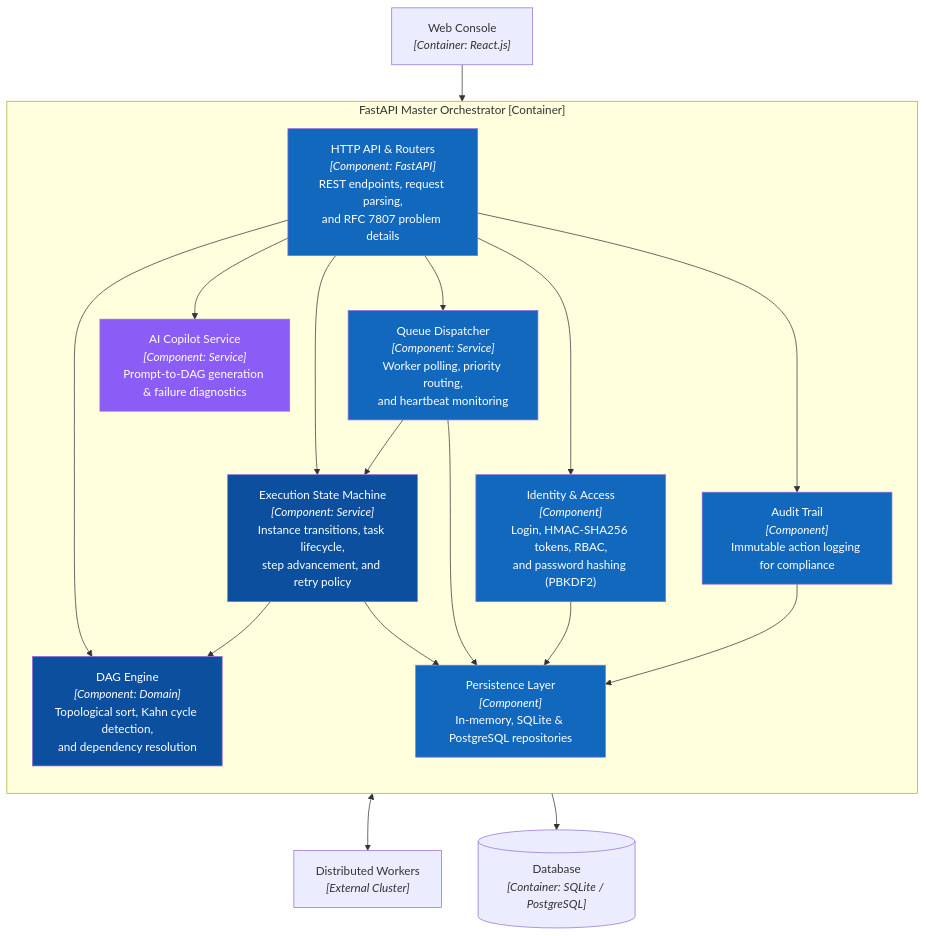
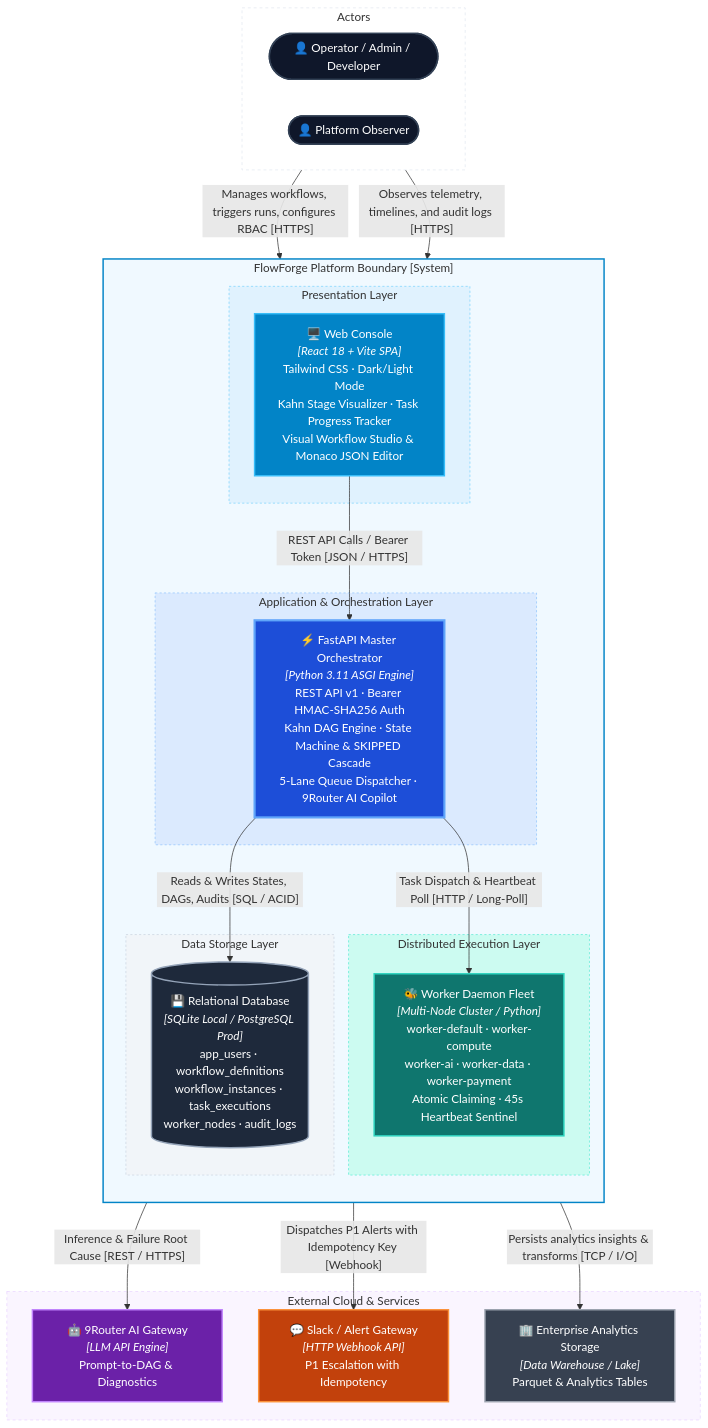
One commit to AnCoder1310/FlowForge changed the third of 11 diagrams in README.md. Above: the diagram before and after it, drawn with Mermaid. The commit also changed other lines of this file and 88 other files, not shown here.

````diff
--- a/README.md
+++ b/README.md
@@ -204,44 +219,60 @@
 ```mermaid
 flowchart TB
-    subgraph rt["FastAPI Master Orchestrator [Container]"]
-        direction TB
-        api["HTTP API & Routers<br/><i>[Component: FastAPI]</i><br/>REST endpoints, request parsing,<br/>and RFC 7807 problem details"]
-        identity["Identity & Access<br/><i>[Component]</i><br/>Login, HMAC-SHA256 tokens, RBAC,<br/>and password hashing (PBKDF2)"]
-        dagEngine["DAG Engine<br/><i>[Component: Domain]</i><br/>Topological sort, Kahn cycle detection,<br/>and dependency resolution"]
-        executionMgr["Execution State Machine<br/><i>[Component: Service]</i><br/>Instance transitions, task lifecycle,<br/>step advancement, and retry policy"]
-        queueDispatcher["Queue Dispatcher<br/><i>[Component: Service]</i><br/>Worker polling, priority routing,<br/>and heartbeat monitoring"]
-        aiService["AI Copilot Service<br/><i>[Component: Service]</i><br/>Prompt-to-DAG generation & failure diagnostics"]
-        auditLog["Audit Trail<br/><i>[Component]</i><br/>Immutable action logging for compliance"]
-        persistence["Persistence Layer<br/><i>[Component]</i><br/>In-memory, SQLite & PostgreSQL repositories"]
+    subgraph users["Actors"]
+        direction LR
+        operator(["👤 Operator / Admin / Developer"]):::actor
+        viewer(["👤 Platform Observer"]):::actor
     end
 
-    web["Web Console<br/><i>[Container: React.js]</i>"]
-    db[("Database<br/><i>[Container: SQLite / PostgreSQL]</i>")]
-    workerNodes["Distributed Workers<br/><i>[External Cluster]</i>"]
+    subgraph dwop["FlowForge Platform Boundary [System]"]
+        direction TB
 
-    web --> api
-    api --> identity
-    api --> dagEngine
-    api --> executionMgr
-    api --> queueDispatcher
-    api --> aiService
-    api --> auditLog
+        subgraph presentation["Presentation Layer"]
+            web["🖥️ Web Console<br/><i>[React 18 + Vite SPA]</i><br/>Tailwind CSS · Dark/Light Mode<br/>Kahn Stage Visualizer · Task Progress Tracker<br/>Visual Workflow Studio & Monaco JSON Editor"]:::webContainer
+        end
 
-    executionMgr --> dagEngine
-    executionMgr --> persistence
-    queueDispatcher --> executionMgr
-    queueDispatcher --> persistence
-    queueDispatcher <--> workerNodes
-    identity --> persistence
-    auditLog --> persistence
-    persistence --> db
+        subgraph application["Application & Orchestration Layer"]
+            backend["⚡ FastAPI Master Orchestrator<br/><i>[Python 3.11 ASGI Engine]</i><br/>REST API v1 · Bearer HMAC-SHA256 Auth<br/>Kahn DAG Engine · State Machine & SKIPPED Cascade<br/>5-Lane Queue Dispatcher · 9Router AI Copilot"]:::apiContainer
+        end
 
-    style api fill:#1168bd,color:#fff
-    style identity fill:#1168bd,color:#fff
-    style dagEngine fill:#0b4f9e,color:#fff
-    style executionMgr fill:#0b4f9e,color:#fff
-    style queueDispatcher fill:#1168bd,color:#fff
-    style aiService fill:#8b5cf6,color:#fff
-    style auditLog fill:#1168bd,color:#fff
-    style persistence fill:#1168bd,color:#fff
+        subgraph workerCluster["Distributed Execution Layer"]
+            workers["🐝 Worker Daemon Fleet<br/><i>[Multi-Node Cluster / Python]</i><br/>worker-default · worker-compute<br/>worker-ai · worker-data · worker-payment<br/>Atomic Claiming · 45s Heartbeat Sentinel"]:::workerContainer
+        end
+
+        subgraph persistence["Data Storage Layer"]
+            database[("💾 Relational Database<br/><i>[SQLite Local / PostgreSQL Prod]</i><br/>app_users · workflow_definitions<br/>workflow_instances · task_executions<br/>worker_nodes · audit_logs")]:::dbContainer
+        end
+    end
+
+    subgraph externalServices["External Cloud & Services"]
+        llm["🤖 9Router AI Gateway<br/><i>[LLM API Engine]</i><br/>Prompt-to-DAG & Diagnostics"]:::aiExternal
+        slack["💬 Slack / Alert Gateway<br/><i>[HTTP Webhook API]</i><br/>P1 Escalation with Idempotency"]:::notifyExternal
+        dataLake["🏢 Enterprise Analytics Storage<br/><i>[Data Warehouse / Lake]</i><br/>Parquet & Analytics Tables"]:::storageExternal
+    end
+
+    operator -- "Manages workflows, triggers runs, configures RBAC [HTTPS]" --> web
+    viewer -- "Observes telemetry, timelines, and audit logs [HTTPS]" --> web
+    web -- "REST API Calls / Bearer Token [JSON / HTTPS]" --> backend
+    backend -- "Reads & Writes States, DAGs, Audits [SQL / ACID]" --> database
+    backend -- "Inference & Failure Root Cause [REST / HTTPS]" --> llm
+    backend -- "Task Dispatch & Heartbeat Poll [HTTP / Long-Poll]" --> workers
+    workers -- "Dispatches P1 Alerts with Idempotency Key [Webhook]" --> slack
+    workers -- "Persists analytics insights & transforms [TCP / I/O]" --> dataLake
+
+    classDef actor fill:#0f172a,color:#fff,stroke:#334155,stroke-width:2px;
+    classDef webContainer fill:#0284c7,color:#fff,stroke:#38bdf8,stroke-width:2px;
+    classDef apiContainer fill:#1d4ed8,color:#fff,stroke:#60a5fa,stroke-width:3px;
+    classDef workerContainer fill:#0f766e,color:#fff,stroke:#2dd4bf,stroke-width:2px;
+    classDef dbContainer fill:#1e293b,color:#fff,stroke:#94a3b8,stroke-width:2px;
+    classDef aiExternal fill:#6b21a8,color:#fff,stroke:#c084fc,stroke-width:2px;
+    classDef notifyExternal fill:#c2410c,color:#fff,stroke:#fb923c,stroke-width:2px;
+    classDef storageExternal fill:#374151,color:#fff,stroke:#9ca3af,stroke-width:2px;
+
+    style dwop fill:#f0f9ff,stroke:#0284c7,stroke-width:2px
+    style presentation fill:#e0f2fe,stroke:#7dd3fc,stroke-dasharray:3 3
+    style application fill:#dbeafe,stroke:#93c5fd,stroke-dasharray:3 3
+    style workerCluster fill:#ccfbf1,stroke:#5eead4,stroke-dasharray:3 3
+    style persistence fill:#f1f5f9,stroke:#cbd5e1,stroke-dasharray:3 3
+    style users fill:#ffffff,stroke:#e2e8f0,stroke-dasharray:4 4
+    style externalServices fill:#faf5ff,stroke:#e9d5ff,stroke-dasharray:4 4
 ```
````
